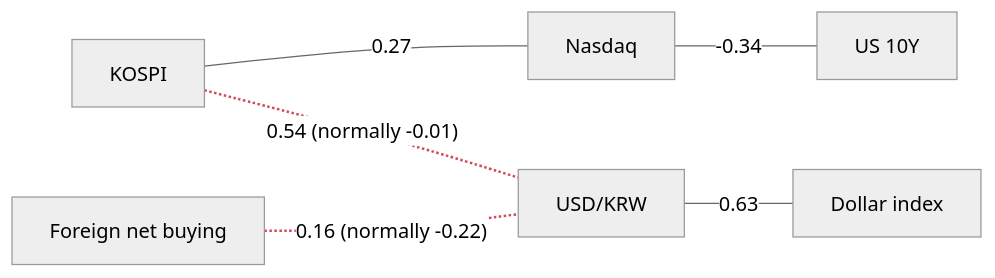
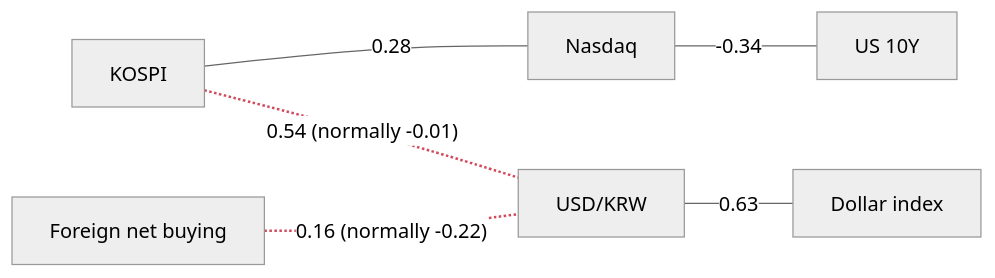
Before and after one commit to valorjj/valorjj.github.io: the diagram in _posts/2026-09-17-market-daily.md, drawn with Mermaid (neutral theme). The commit also changed other lines of this file, not shown here.

````diff
--- a/_posts/2026-09-17-market-daily.md
+++ b/_posts/2026-09-17-market-daily.md
@@ -187,16 +191,16 @@
 ```mermaid
 flowchart LR
     KOSPI["KOSPI"]
     NASDAQCOM["Nasdaq"]
     USDKRW["USD/KRW"]
     DTWEXBGS["Dollar index"]
     KOSPIFOREIGNFLOW["Foreign net buying"]
     DGS10["US 10Y"]
-    KOSPI ---|"0.27"| NASDAQCOM
+    KOSPI ---|"0.28"| NASDAQCOM
     USDKRW ---|"0.63"| DTWEXBGS
     KOSPI -.-|"0.54 (normally -0.01)"| USDKRW
     KOSPIFOREIGNFLOW -.-|"0.16 (normally -0.22)"| USDKRW
     NASDAQCOM ---|"-0.34"| DGS10
     linkStyle 2 stroke:#d1495b,stroke-width:2px;
     linkStyle 3 stroke:#d1495b,stroke-width:2px;
 ```
````
